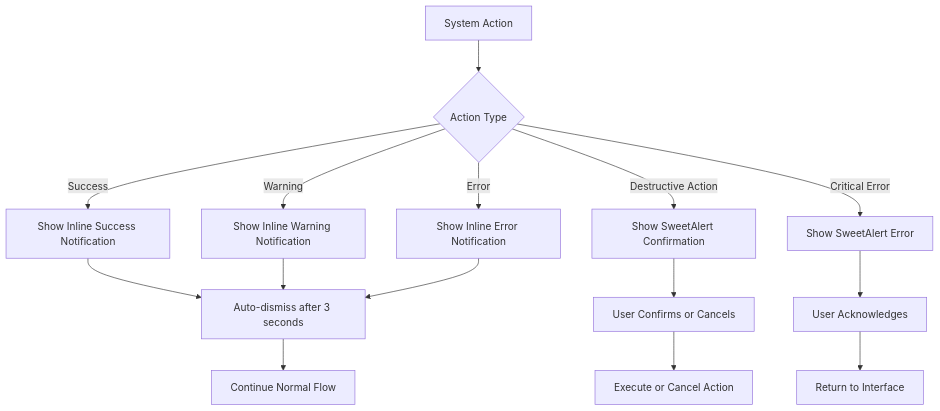
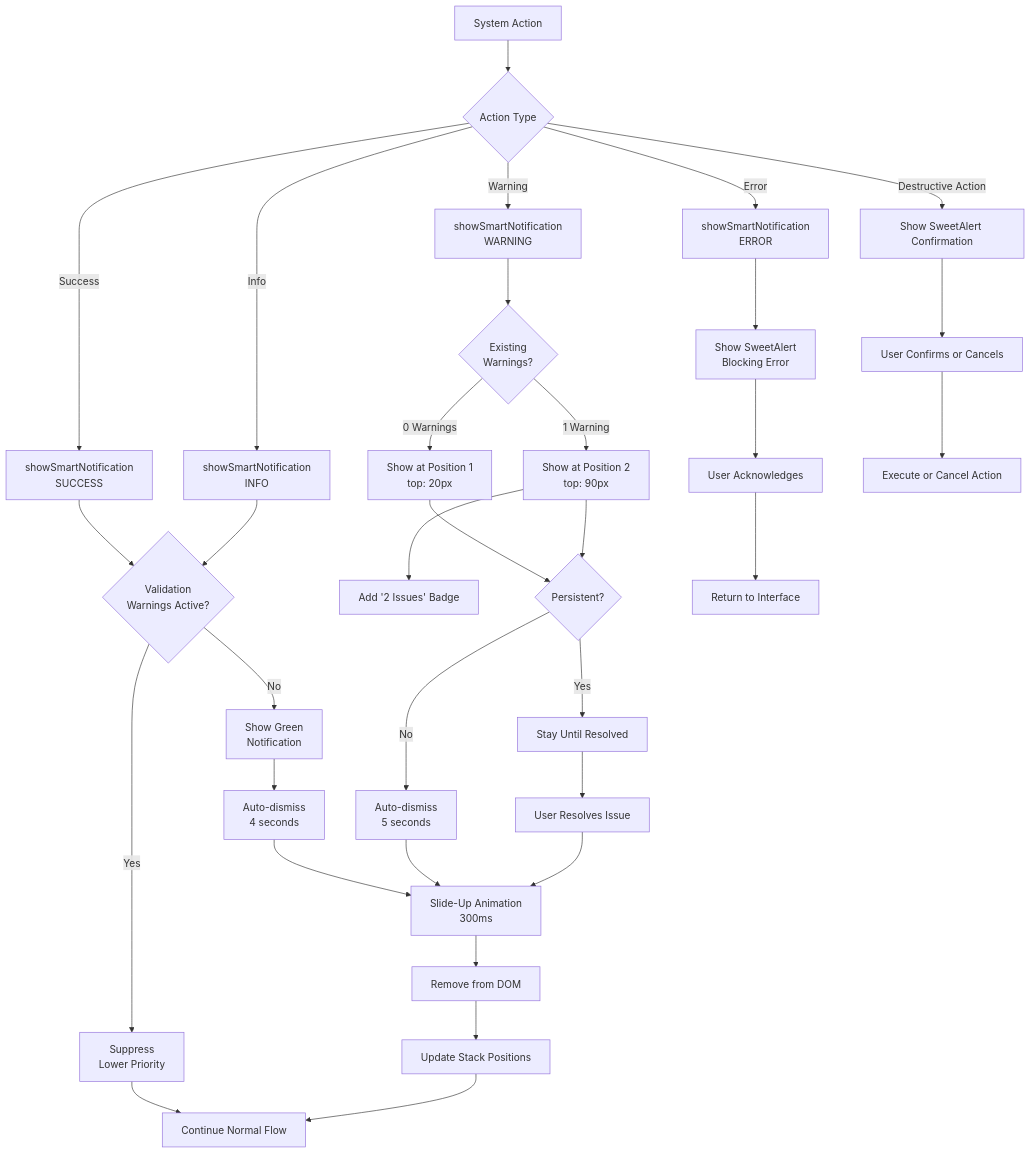
Before and after one commit to bhurn02/rms-invoicing: the tenth of 15 diagrams in documents/tenant-readings-management-workflow.md, drawn with Mermaid. The commit also changed other lines of this file and 4 other files, not shown here.

````diff
--- a/documents/tenant-readings-management-workflow.md
+++ b/documents/tenant-readings-management-workflow.md
@@ -322,19 +345,43 @@
 ```mermaid
 flowchart TD
     A[System Action] --> B{Action Type}
-    B -->|Success| C[Show Inline Success Notification]
-    B -->|Warning| D[Show Inline Warning Notification]
-    B -->|Error| E[Show Inline Error Notification]
-    B -->|Destructive Action| F[Show SweetAlert Confirmation]
-    B -->|Critical Error| G[Show SweetAlert Error]
+    B -->|Success| C[showSmartNotification<br>SUCCESS]
+    B -->|Info| D[showSmartNotification<br>INFO]
+    B -->|Warning| E[showSmartNotification<br>WARNING]
+    B -->|Error| F[showSmartNotification<br>ERROR]
+    B -->|Destructive Action| G[Show SweetAlert Confirmation]
     
-    C --> H[Auto-dismiss after 3 seconds]
+    C --> H{Validation<br>Warnings Active?}
     D --> H
-    E --> H
-    F --> I[User Confirms or Cancels]
-    G --> J[User Acknowledges]
+    H -->|Yes| I[Suppress<br>Lower Priority]
+    H -->|No| J[Show Green<br>Notification]
     
-    I --> K[Execute or Cancel Action]
-    J --> L[Return to Interface]
-    H --> M[Continue Normal Flow]
+    E --> K{Existing<br>Warnings?}
+    K -->|0 Warnings| L[Show at Position 1<br>top: 20px]
+    K -->|1 Warning| M[Show at Position 2<br>top: 90px]
+    M --> N[Add '2 Issues' Badge]
+    
+    F --> O[Show SweetAlert<br>Blocking Error]
+    
+    J --> P[Auto-dismiss<br>4 seconds]
+    L --> Q{Persistent?}
+    M --> Q
+    Q -->|Yes| R[Stay Until Resolved]
+    Q -->|No| S[Auto-dismiss<br>5 seconds]
+    
+    P --> T[Slide-Up Animation<br>300ms]
+    S --> T
+    T --> U[Remove from DOM]
+    U --> V[Update Stack Positions]
+    
+    R --> W[User Resolves Issue]
+    W --> T
+    
+    G --> X[User Confirms or Cancels]
+    O --> Y[User Acknowledges]
+    
+    X --> Z[Execute or Cancel Action]
+    Y --> AA[Return to Interface]
+    I --> AB[Continue Normal Flow]
+    V --> AB
 ```
````
